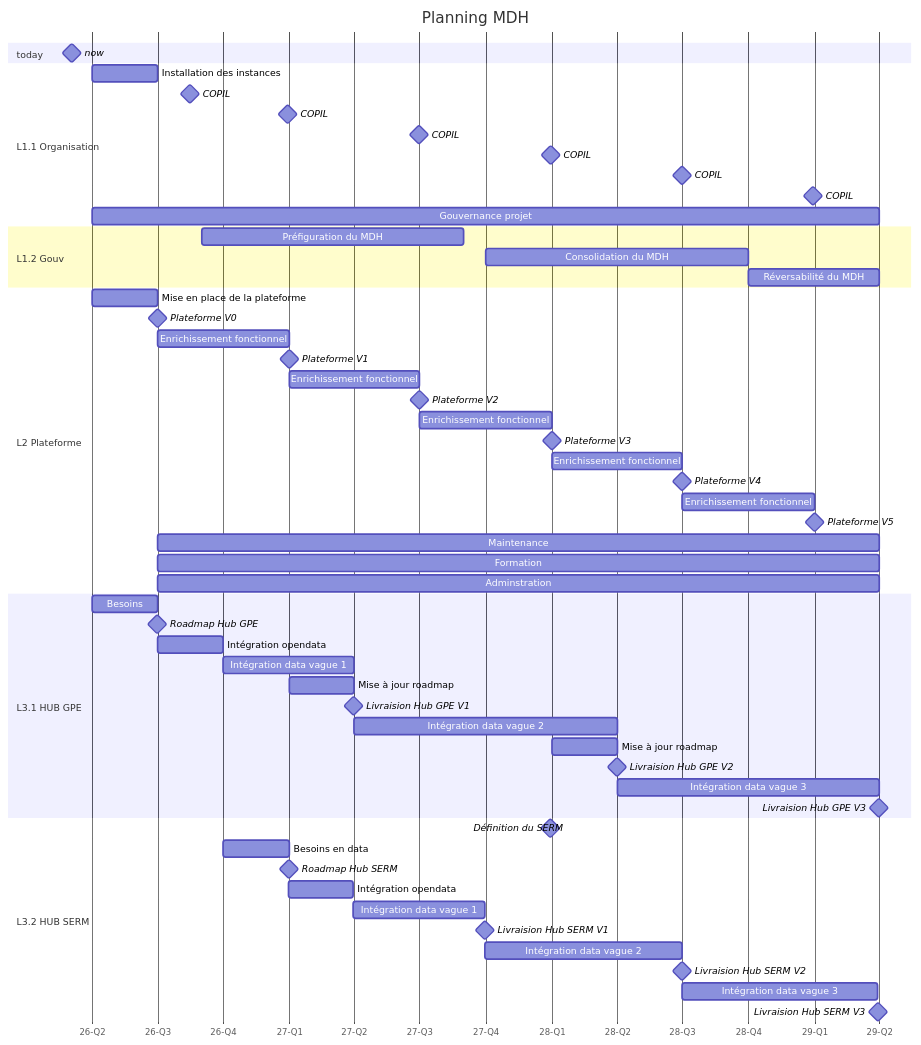
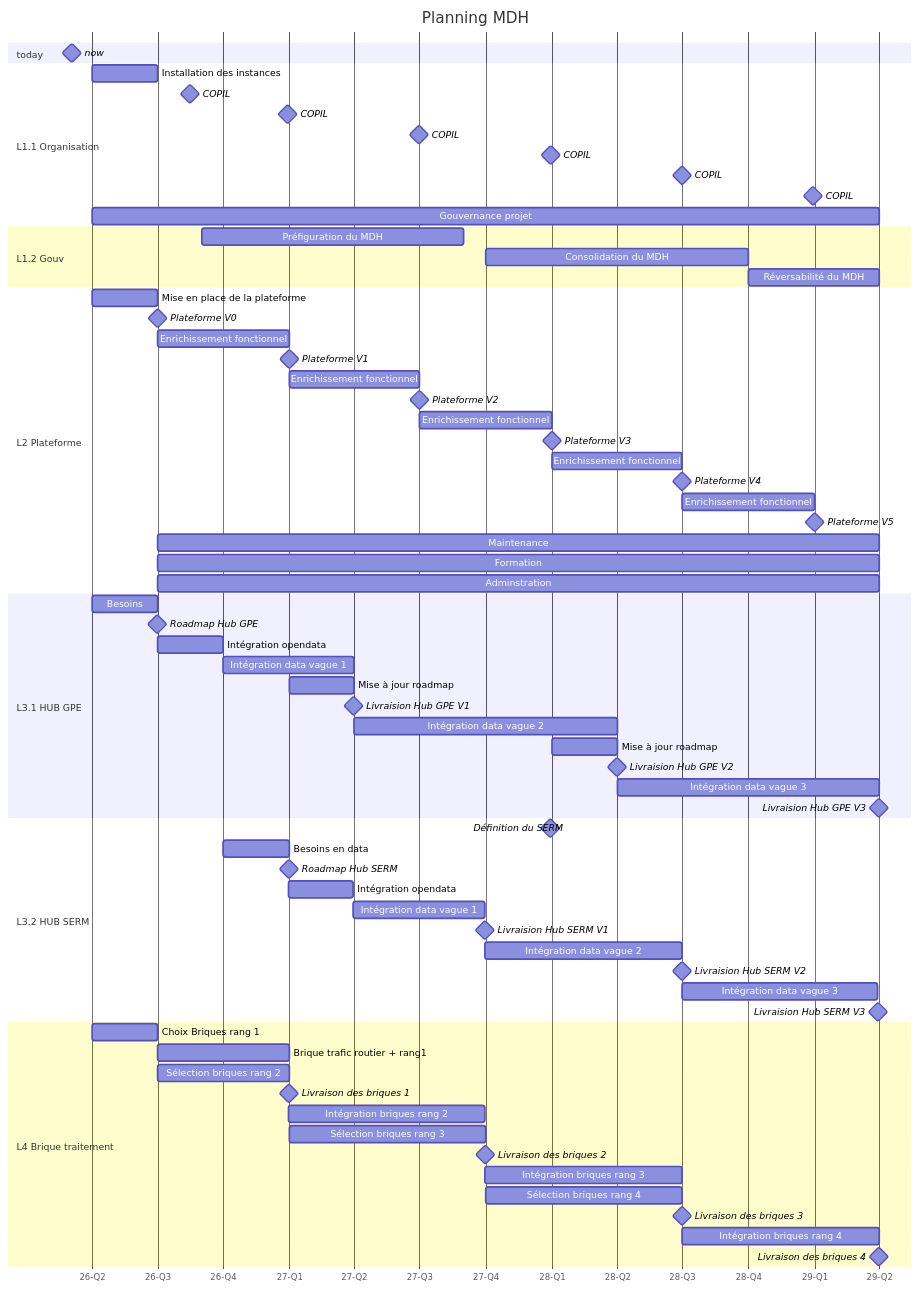
Before and after one commit to cdamas-cerema/test: the diagram in README.md, drawn with Mermaid.

Commit message:
Add section for L4 Brique traitement in README

````diff
--- a/README.md
+++ b/README.md
@@ -2,67 +2,80 @@
 ```mermaid
 gantt
     title Planning MDH
     dateFormat YYYY-MM-DD
     axisFormat %y-Q%q
     tickInterval 3month
 
     section today
         %% This task forces the chart to start at the beginning of the year
         now : milestone, m1, 2026-03-04, 0d
 
     section L1.1 Organisation
         Installation des instances           :a1, 2026-04-01, 3M
         COPIL                                :milestone, 2026-09-30
         COPIL                                :milestone, 2027-03-31
         COPIL                                :milestone, 2027-09-30
         COPIL                                :milestone, 2028-03-31
         COPIL                                :milestone, 2028-09-30
         COPIL                                :milestone, 2029-03-31
         Gouvernance projet                   :2026-04-01, 36M
         
     section L1.2 Gouv
         Préfiguration du MDH                 :2026-09-01, 12M
         Consolidation du MDH                 :2027-10-01, 12M
         Réversabilité du MDH                 :2028-10-01, 6M
 
     section L2 Plateforme
         Mise en place de la plateforme       :2026-04-01, 3M
         Plateforme V0                        :milestone, 2026-07-01
         Enrichissement fonctionnel           :6M
         Plateforme V1                        :milestone, 2027-01-01
         Enrichissement fonctionnel           :6M
         Plateforme V2                        :milestone, 2027-07-01
         Enrichissement fonctionnel           :6M
         Plateforme V3                        :milestone, 2028-01-01
         Enrichissement fonctionnel           :6M
         Plateforme V4                        :milestone, 2028-07-01
         Enrichissement fonctionnel           :6M
         Plateforme V5                        :milestone, 2029-01-01
         Maintenance                          :2026-07-01, 33M
         Formation                            :2026-07-01, 33M
         Adminstration                        :2026-07-01, 33M
 
     section L3.1 HUB GPE
         Besoins                              :2026-04-01, 3M
         Roadmap Hub GPE                      :milestone, 2026-06-30
         Intégration opendata                 :2026-07-01, 3M
         Intégration data vague 1             :2026-10-01, 6M
         Mise à jour roadmap                  :2027-01-01, 3M
         Livraision Hub GPE V1                :milestone, 2027-03-31
         Intégration data vague 2             :2027-04-01, 12M
         Mise à jour roadmap                  :2028-01-01, 3M
         Livraision Hub GPE V2                :milestone, 2028-03-31
         Intégration data vague 3             :2028-04-01, 12M
         Livraision Hub GPE V3                :milestone, 2029-03-31
     section L3.2 HUB SERM
         Définition du SERM                   :milestone, 2026-09-29
         Besoins en data                      :2026-10-01, 3M
         Roadmap Hub SERM                     :milestone, 2026-12-31
         Intégration opendata                 :3M
         Intégration data vague 1             :6M
         Livraision Hub SERM V1               :milestone, 2027-09-30
         Intégration data vague 2             :9M
         Livraision Hub SERM V2               :milestone, 2028-06-30
         Intégration data vague 3             :9M
         Livraision Hub SERM V3               :milestone, 2029-03-31
+    section L4 Brique traitement
+        Choix Briques rang 1                 :2026-04-01, 3M
+        Brique trafic routier + rang1        :6M
+        Sélection briques rang 2             :2026-07-01, 6M
+        Livraison des briques 1              :milestone, 2026-12-31
+        Intégration briques rang 2           :9M
+        Sélection briques rang 3             :2027-01-01, 9M
+        Livraison des briques  2             :milestone, 2027-09-30
+        Intégration briques rang 3           :9M
+        Sélection briques rang 4             :2027-10-01, 9M
+        Livraison des briques 3              :milestone, 2028-06-30
+        Intégration briques rang 4           :2028-07-01, 9M
+        Livraison des briques 4              :milestone, 2029-03-31
 ```
````
